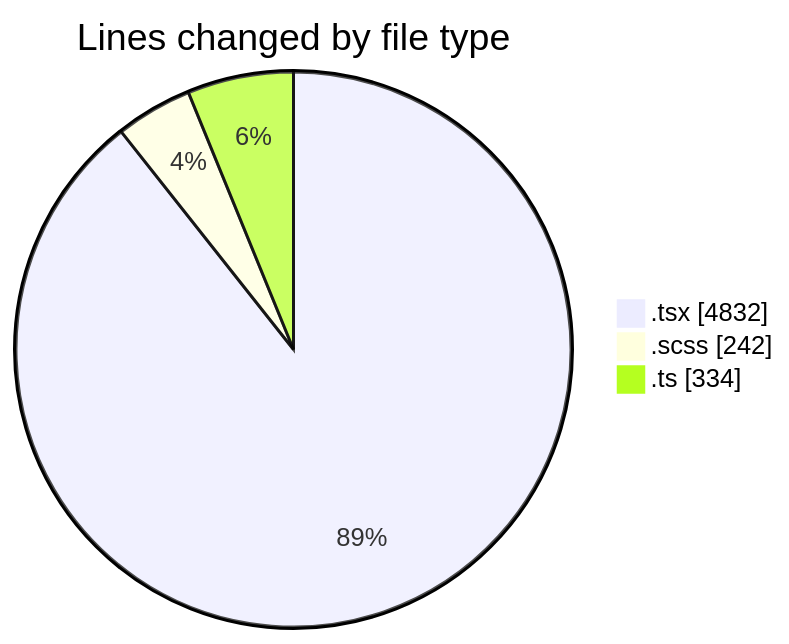
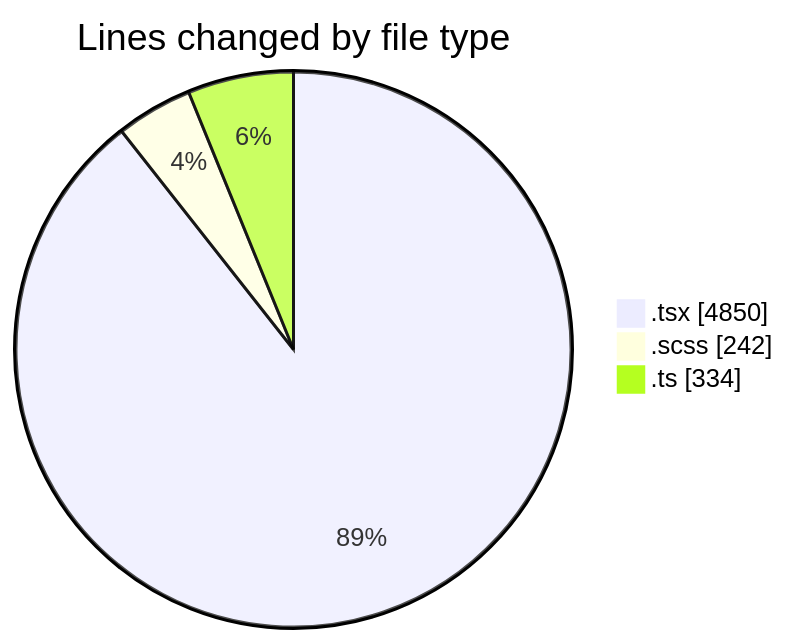
One commit to momahboobian/code-tracking changed the first of 2 diagrams in 2025-07-03/cda/README.md. Above: the diagram before and after it, drawn with Mermaid. The commit also changed other lines of this file and 1 other file, not shown here.

````diff
--- a/2025-07-03/cda/README.md
+++ b/2025-07-03/cda/README.md
@@ -38,7 +38,7 @@
 ```mermaid
 pie showData
 title Lines changed by file type
-".tsx" : 4832
+".tsx" : 4850
 ".scss" : 242
 ".ts" : 334
 ```
````
